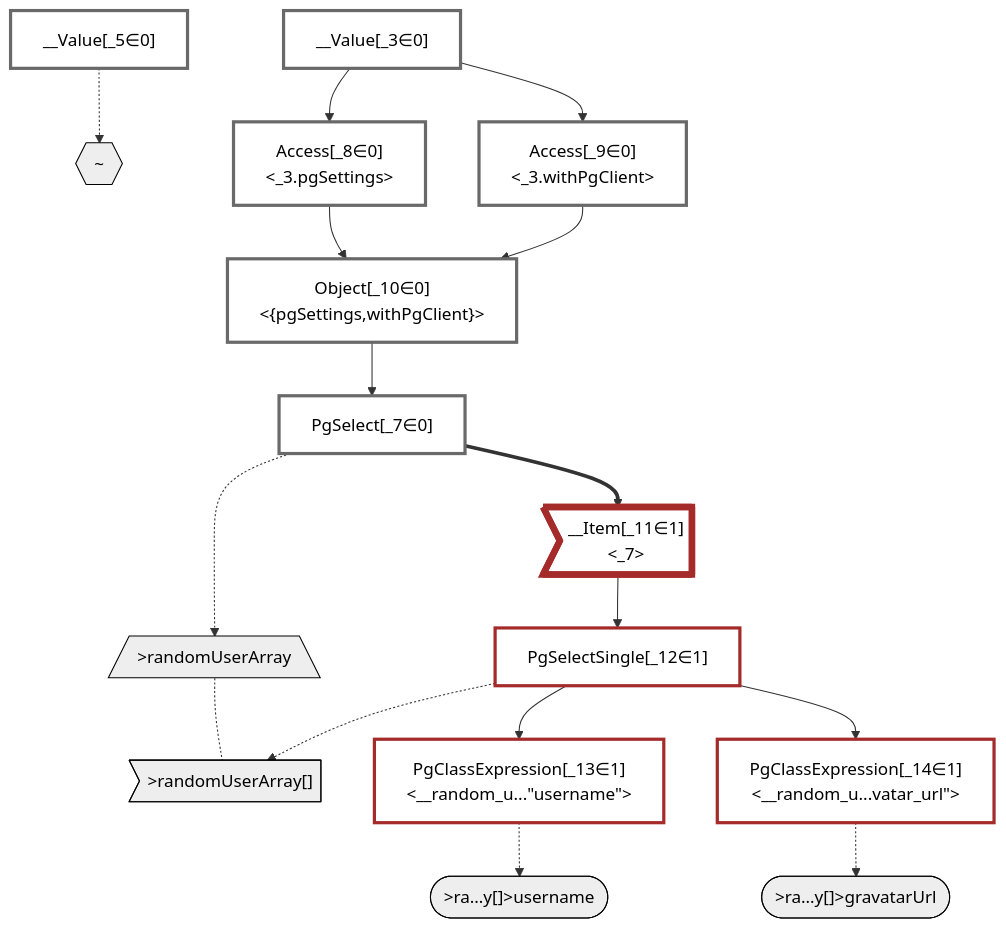
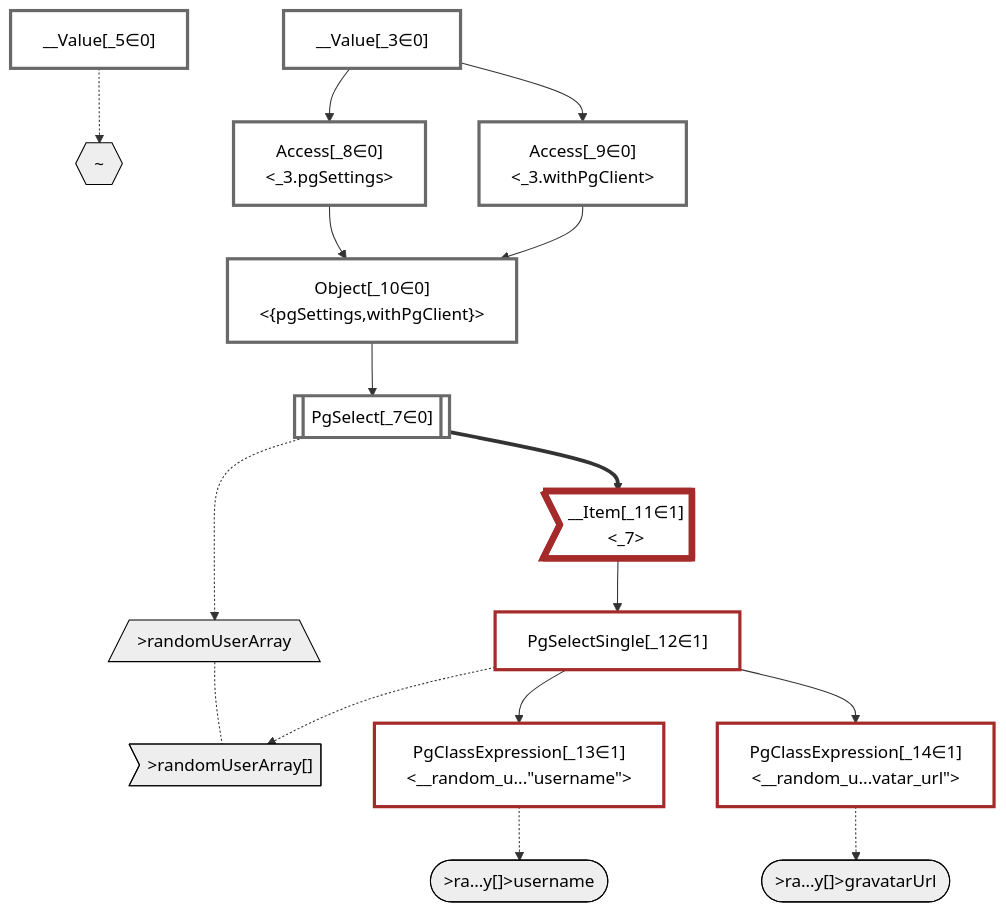
Before and after one commit to graphile/crystal: the diagram in packages/dataplan-pg/__tests__/queries/functions/custom-query-random-user-array.mermaid.md, drawn with Mermaid. The commit also changed 195 other files, not shown here.

````diff
--- a/packages/dataplan-pg/__tests__/queries/functions/custom-query-random-user-array.mermaid.md
+++ b/packages/dataplan-pg/__tests__/queries/functions/custom-query-random-user-array.mermaid.md
@@ -1,55 +1,55 @@
 ```mermaid
 graph TD
     classDef path fill:#eee,stroke:#000,color:#000
     classDef plan fill:#fff,stroke-width:3px,color:#000
     classDef itemplan fill:#fff,stroke-width:6px,color:#000
     classDef sideeffectplan fill:#f00,stroke-width:6px,color:#000
 
     %% subgraph fields
     P1{{"~"}}:::path
     P2[/">randomUserArray"\]:::path
     P3>">randomUserArray[]"]:::path
     P2 -.- P3
     P4([">ra…y[]>username"]):::path
     %% P3 -.-> P4
     P5([">ra…y[]>gravatarUrl"]):::path
     %% P3 -.-> P5
     %% P1 -.-> P2
     %% end
 
     %% define plans
     __Value_3["__Value[_3∈0]<br /><context>"]:::plan
     __Value_5["__Value[_5∈0]<br /><rootValue>"]:::plan
-    PgSelect_7["PgSelect[_7∈0]<br /><random_user_array>"]:::plan
+    PgSelect_7[["PgSelect[_7∈0]<br /><random_user_array>"]]:::plan
     Access_8["Access[_8∈0]<br /><_3.pgSettings>"]:::plan
     Access_9["Access[_9∈0]<br /><_3.withPgClient>"]:::plan
     Object_10["Object[_10∈0]<br /><{pgSettings,withPgClient}>"]:::plan
     __Item_11>"__Item[_11∈1]<br /><_7>"]:::itemplan
     PgSelectSingle_12["PgSelectSingle[_12∈1]<br /><random_user_array>"]:::plan
     PgClassExpression_13["PgClassExpression[_13∈1]<br /><__random_u...#quot;username#quot;>"]:::plan
     PgClassExpression_14["PgClassExpression[_14∈1]<br /><__random_u...vatar_url#quot;>"]:::plan
 
     %% plan dependencies
     Object_10 --> PgSelect_7
     __Value_3 --> Access_8
     __Value_3 --> Access_9
     Access_8 --> Object_10
     Access_9 --> Object_10
     PgSelect_7 ==> __Item_11
     __Item_11 --> PgSelectSingle_12
     PgSelectSingle_12 --> PgClassExpression_13
     PgSelectSingle_12 --> PgClassExpression_14
 
     %% plan-to-path relationships
     __Value_5 -.-> P1
     PgSelect_7 -.-> P2
     PgSelectSingle_12 -.-> P3
     PgClassExpression_13 -.-> P4
     PgClassExpression_14 -.-> P5
 
     %% allocate buckets
     classDef bucket0 stroke:#696969
     class __Value_3,__Value_5,PgSelect_7,Access_8,Access_9,Object_10 bucket0
     classDef bucket1 stroke:#a52a2a
     class __Item_11,PgSelectSingle_12,PgClassExpression_13,PgClassExpression_14 bucket1
 ```
````
